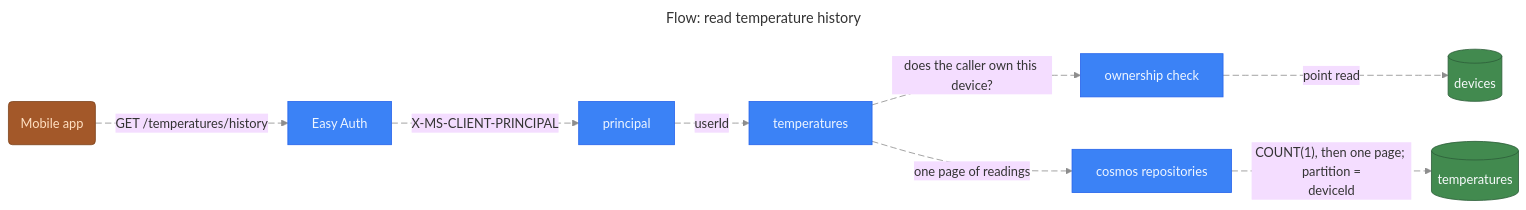
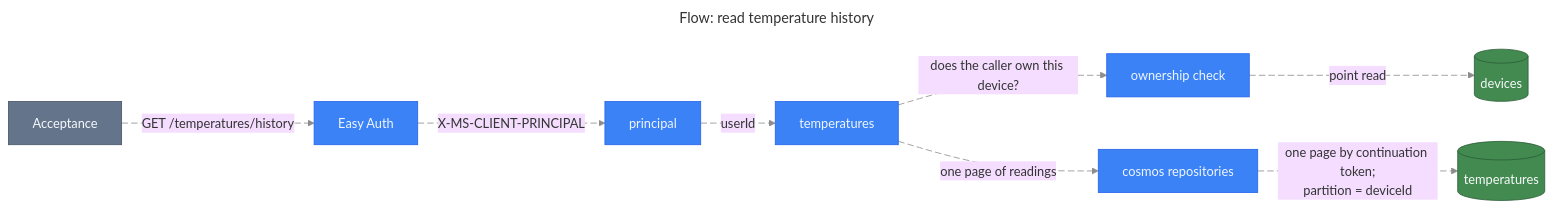
Before and after one commit to stevebargelt/meatgeekv2: diagram 14 of 17 in docs/architecture/diagrams.md, drawn with Mermaid (base theme). The commit also changed other lines of this file and 11 other files, not shown here.

First line of the commit message:
docs(architecture): HAR-103 draw the live web app, the chart read model, Vercel and the browser tests

````diff
--- a/docs/architecture/diagrams.md
+++ b/docs/architecture/diagrams.md
@@ -955,29 +1111,29 @@
 ```mermaid
 ---
 title: "Flow: read temperature history"
 ---
 graph LR
-  MeatgeekMobile@{ shape: rounded, label: "Mobile app" }
+  DeliveryAcceptance@{ shape: rectangle, label: "Acceptance" }
   MeatgeekCloudApiEasyauth@{ shape: rectangle, label: "Easy Auth" }
   MeatgeekCloudApiPrincipal@{ shape: rectangle, label: "principal" }
   MeatgeekCloudApiTemperatures@{ shape: rectangle, label: "temperatures" }
   MeatgeekCloudApiOwnership@{ shape: rectangle, label: "ownership check" }
   MeatgeekCloudDataDevices@{ shape: cylinder, label: "devices" }
   MeatgeekCloudApiRepos@{ shape: rectangle, label: "cosmos repositories" }
   MeatgeekCloudDataTemperatures@{ shape: cylinder, label: "temperatures" }
-  MeatgeekMobile -. "`GET /temperatures/history`" .-> MeatgeekCloudApiEasyauth
+  DeliveryAcceptance -. "`GET /temperatures/history`" .-> MeatgeekCloudApiEasyauth
   MeatgeekCloudApiEasyauth -. "`X-MS-CLIENT-PRINCIPAL`" .-> MeatgeekCloudApiPrincipal
   MeatgeekCloudApiPrincipal -. "`userId`" .-> MeatgeekCloudApiTemperatures
   MeatgeekCloudApiTemperatures -. "`does the caller own this device?`" .-> MeatgeekCloudApiOwnership
   MeatgeekCloudApiOwnership -. "`point read`" .-> MeatgeekCloudDataDevices
   MeatgeekCloudApiTemperatures -. "`one page of readings`" .-> MeatgeekCloudApiRepos
-  MeatgeekCloudApiRepos -. "`COUNT(1), then one page; partition =
-deviceId`" .-> MeatgeekCloudDataTemperatures
-  classDef amber fill:#A35829,stroke:#7E451D,color:#FFE0C2
-  class MeatgeekMobile amber
+  MeatgeekCloudApiRepos -. "`one page by continuation token;
+partition = deviceId`" .-> MeatgeekCloudDataTemperatures
+  classDef slate fill:#64748b,stroke:#475569,color:#f8fafc
+  class DeliveryAcceptance slate
   classDef primary fill:#3b82f6,stroke:#2563eb,color:#eff6ff
   class MeatgeekCloudApiEasyauth,MeatgeekCloudApiPrincipal,MeatgeekCloudApiTemperatures,MeatgeekCloudApiOwnership,MeatgeekCloudApiRepos primary
   classDef green fill:#428a4f,stroke:#2d5d39,color:#f8fafc
   class MeatgeekCloudDataDevices,MeatgeekCloudDataTemperatures green
   linkStyle 0,1,2,3,4,5,6 stroke:#8D8D8D,stroke-dasharray:8 4
 ```
````
